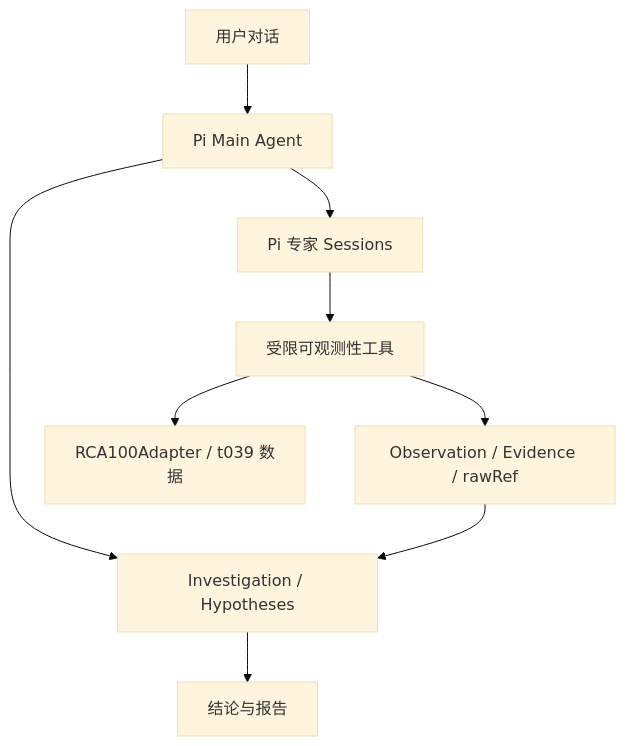
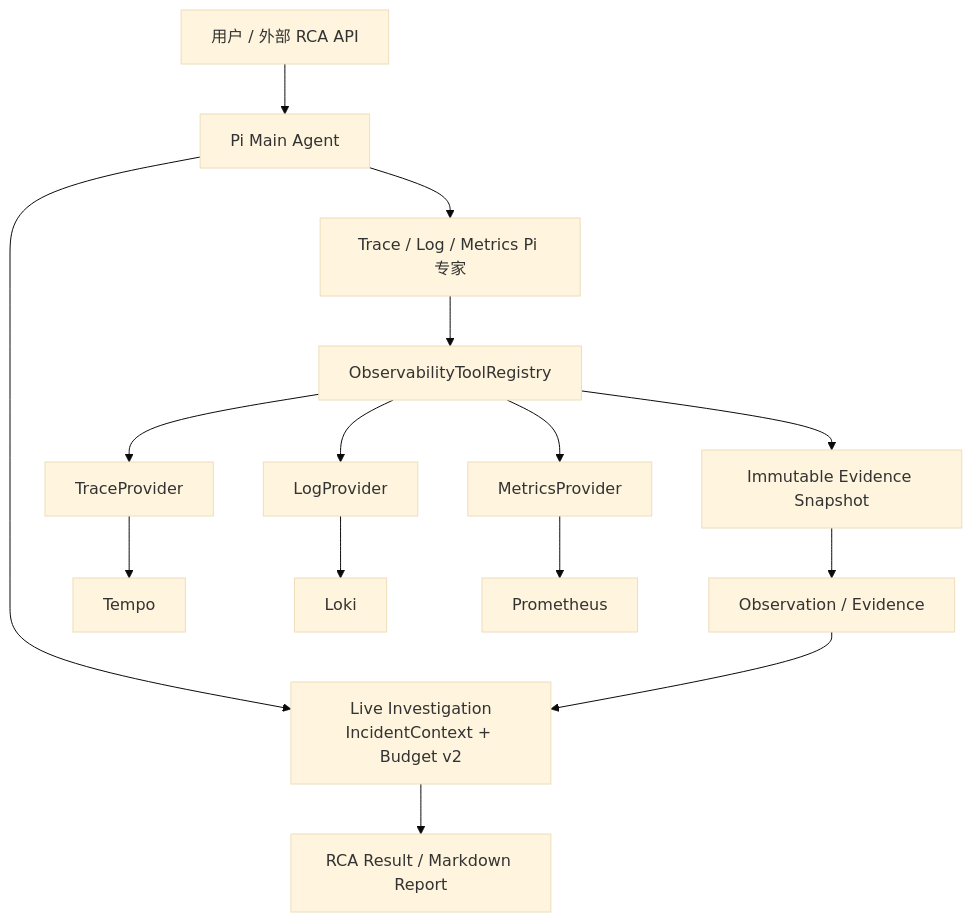
One commit to yuyan3616/aiops changed the diagram in README.md. Above: the diagram before and after it, drawn with Mermaid (base theme). The commit also changed other lines of this file and 49 other files, not shown here.

First line of the commit message:
功能: 迁移到 Live Observability 并移除 RCA100 (#25)

````diff
--- a/README.md
+++ b/README.md
@@ -24,11 +10,17 @@
 ```mermaid
 flowchart TD
-    U["用户对话"] --> M["Pi Main Agent"]
-    M --> I["Investigation / Hypotheses"]
-    M --> E["Pi 专家 Sessions"]
-    E --> T["受限可观测性工具"]
-    T --> D["RCA100Adapter / t039 数据"]
-    T --> O["Observation / Evidence / rawRef"]
+    U["用户 / 外部 RCA API"] --> M["Pi Main Agent"]
+    M --> I["Live Investigation<br/>IncidentContext + Budget v2"]
+    M --> E["Trace / Log / Metrics Pi 专家"]
+    E --> R["ObservabilityToolRegistry"]
+    R --> TP["TraceProvider"]
+    R --> LP["LogProvider"]
+    R --> MP["MetricsProvider"]
+    TP --> T["Tempo"]
+    LP --> L["Loki"]
+    MP --> P["Prometheus"]
+    R --> S["Immutable Evidence Snapshot"]
+    S --> O["Observation / Evidence"]
     O --> I
-    I --> R["结论与报告"]
+    I --> F["RCA Result / Markdown Report"]
 ```
````
